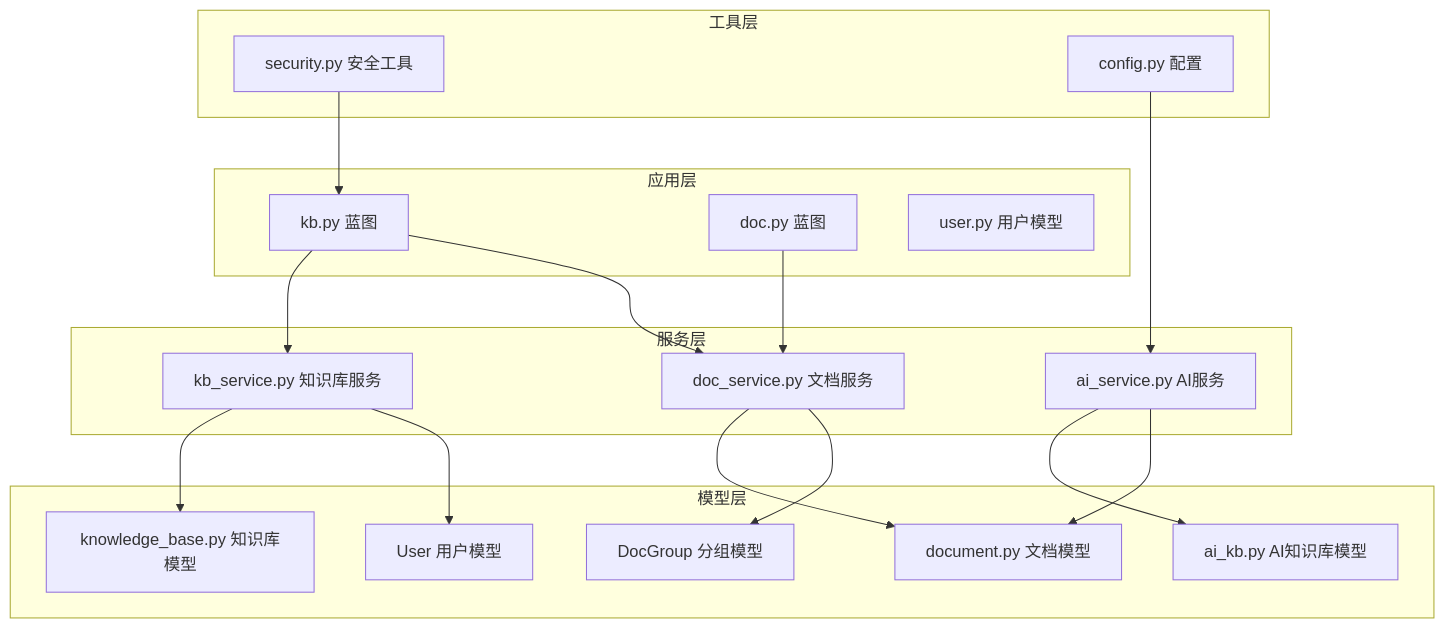
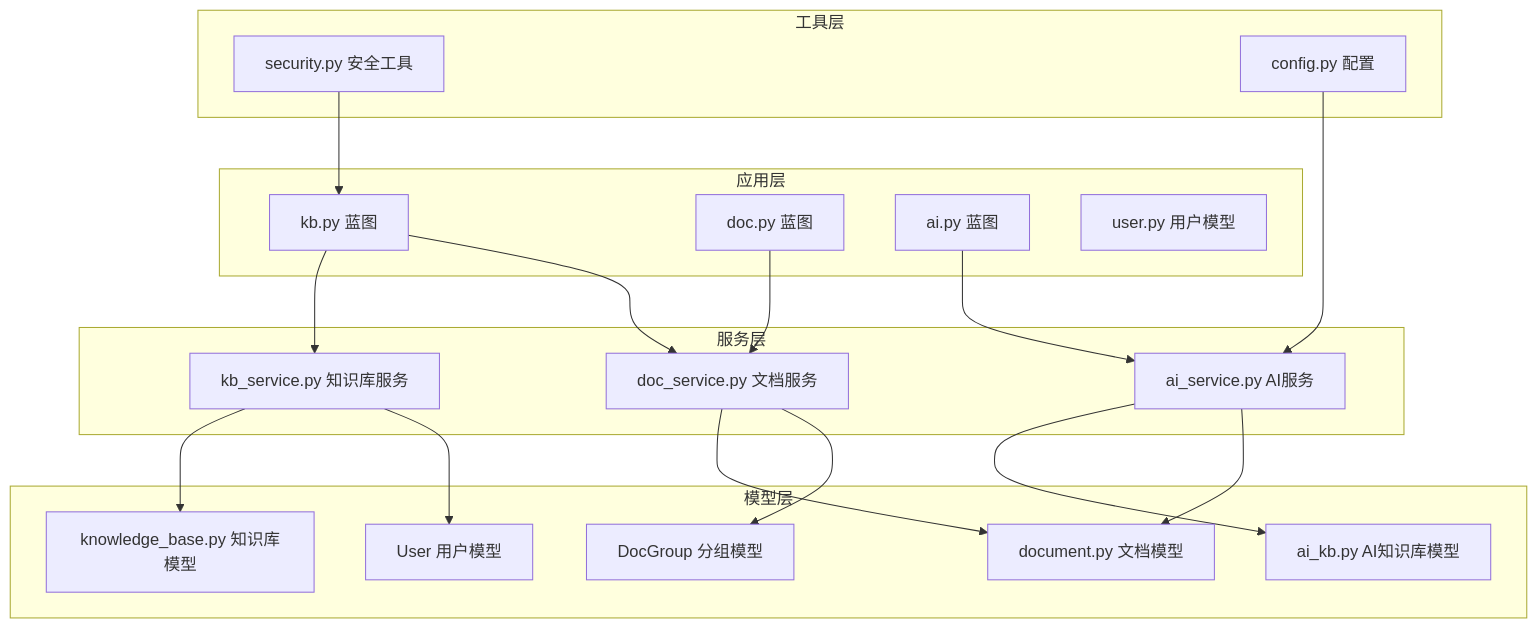
Before and after one commit to beyondalbert/my_wiki: the first of 15 diagrams in .qoder/repowiki/zh/content/核心模块/知识库管理模块/知识库管理模块.md, drawn with Mermaid. The commit also changed other lines of this file and 17 other files, not shown here.

````diff
--- a/.qoder/repowiki/zh/content/核心模块/知识库管理模块/知识库管理模块.md
+++ b/.qoder/repowiki/zh/content/核心模块/知识库管理模块/知识库管理模块.md
@@ -52,35 +58,37 @@
 ```mermaid
 graph TB
 subgraph "应用层"
-BP[kb.py 蓝图]
+KB_BP[kb.py 蓝图]
 DOC_BP[doc.py 蓝图]
+AI_BP[ai.py 蓝图]
 USR[user.py 用户模型]
 end
 subgraph "服务层"
 KBS[kb_service.py 知识库服务]
 DOCS[doc_service.py 文档服务]
 AIS[ai_service.py AI服务]
 end
 subgraph "模型层"
 KB[knowledge_base.py 知识库模型]
 DOC[document.py 文档模型]
 DG[DocGroup 分组模型]
 AIKB[ai_kb.py AI知识库模型]
 U[User 用户模型]
 end
 subgraph "工具层"
 SEC[security.py 安全工具]
 CFG[config.py 配置]
 end
-BP --> KBS
-BP --> DOCS
+KB_BP --> KBS
+KB_BP --> DOCS
 DOC_BP --> DOCS
+AI_BP --> AIS
 KBS --> KB
 KBS --> U
 DOCS --> DOC
 DOCS --> DG
 AIS --> AIKB
 AIS --> DOC
-SEC --> BP
+SEC --> KB_BP
 CFG --> AIS
 ```
````
